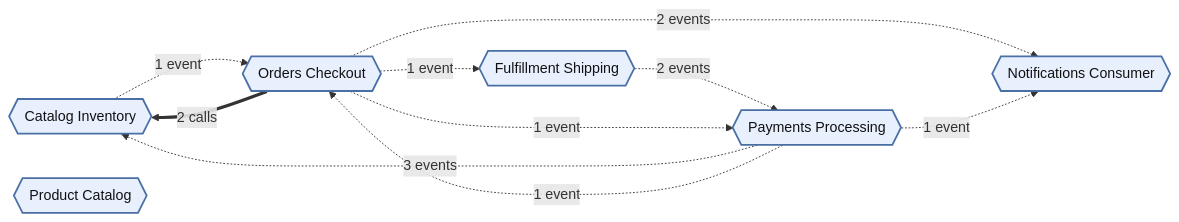
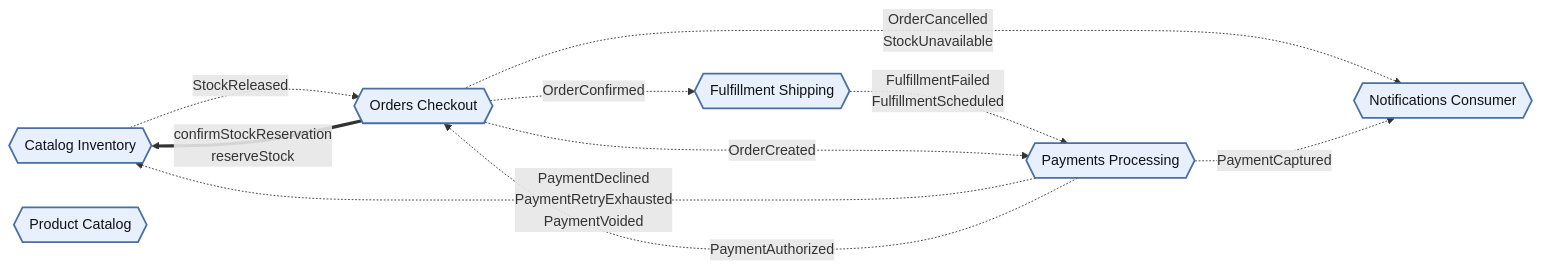
Before and after one commit to ZenWave360/dsl-kotlin: the diagram in dsl-docs/src/commonTest/resources/snapshots/arcadia-modulith/architecture.md, drawn with Mermaid. The commit also changed 13 other files, not shown here.

````diff
--- a/dsl-docs/src/commonTest/resources/snapshots/arcadia-modulith/architecture.md
+++ b/dsl-docs/src/commonTest/resources/snapshots/arcadia-modulith/architecture.md
@@ -17,23 +17,23 @@
 ```mermaid
 flowchart LR
   classDef module fill:#e8f0fe,stroke:#4a6fa5,stroke-width:2px,color:#111
 
   CatalogInventory{{"Catalog Inventory"}}
   CatalogProducts{{"Product Catalog"}}
   FulfillmentShipping{{"Fulfillment Shipping"}}
   NotificationsConsumer{{"Notifications Consumer"}}
   OrdersCheckout{{"Orders Checkout"}}
   PaymentsProcessing{{"Payments Processing"}}
 
   class CatalogInventory,CatalogProducts,FulfillmentShipping,NotificationsConsumer,OrdersCheckout,PaymentsProcessing module
 
-  CatalogInventory -.->|"1 event"| OrdersCheckout
-  FulfillmentShipping -.->|"2 events"| PaymentsProcessing
-  OrdersCheckout -.->|"1 event"| FulfillmentShipping
-  OrdersCheckout -.->|"2 events"| NotificationsConsumer
-  OrdersCheckout -.->|"1 event"| PaymentsProcessing
-  PaymentsProcessing -.->|"3 events"| CatalogInventory
-  PaymentsProcessing -.->|"1 event"| NotificationsConsumer
-  PaymentsProcessing -.->|"1 event"| OrdersCheckout
-  OrdersCheckout ==>|"2 calls"| CatalogInventory
+  CatalogInventory -.->|"StockReleased"| OrdersCheckout
+  FulfillmentShipping -.->|"FulfillmentFailed<br/>FulfillmentScheduled"| PaymentsProcessing
+  OrdersCheckout -.->|"OrderConfirmed"| FulfillmentShipping
+  OrdersCheckout -.->|"OrderCancelled<br/>StockUnavailable"| NotificationsConsumer
+  OrdersCheckout -.->|"OrderCreated"| PaymentsProcessing
+  PaymentsProcessing -.->|"PaymentDeclined<br/>PaymentRetryExhausted<br/>PaymentVoided"| CatalogInventory
+  PaymentsProcessing -.->|"PaymentCaptured"| NotificationsConsumer
+  PaymentsProcessing -.->|"PaymentAuthorized"| OrdersCheckout
+  OrdersCheckout ==>|"confirmStockReservation<br/>reserveStock"| CatalogInventory
 ```
````
